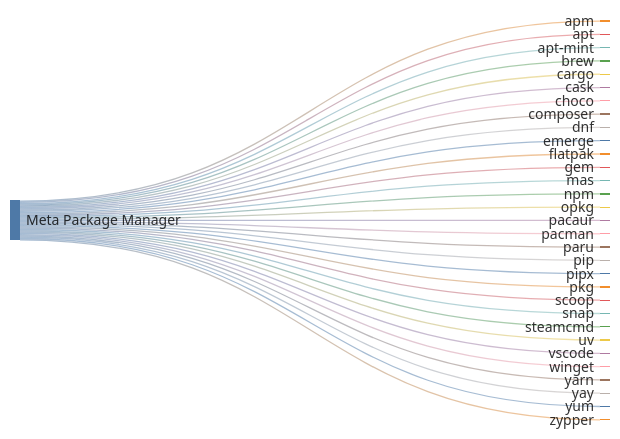
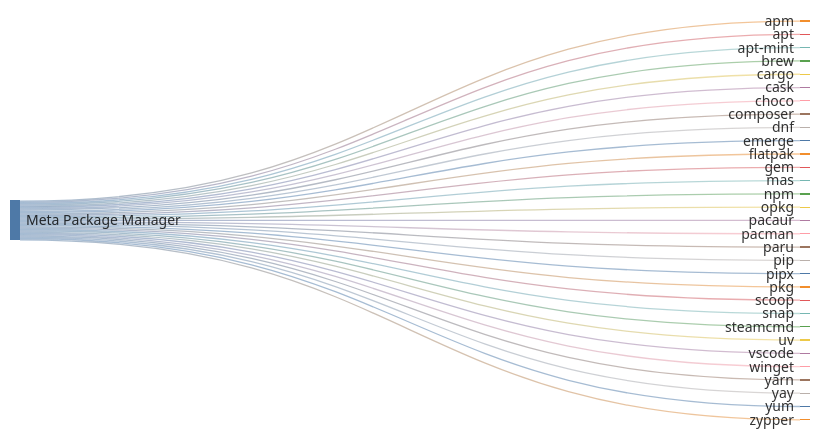
The diagram in readme.md (kdeldycke/meta-package-manager), drawn with Mermaid before and after one commit. The commit also changed 4 other files, not shown here.

First line of the commit message:
Use YAML frontmatter to configure Sankey diagram.

````diff
--- a/readme.md
+++ b/readme.md
@@ -64,40 +64,42 @@
 ```mermaid
 ---
 config:
   sankey:
     showValues: false
+    width: 800
+    height: 400
 ---
 sankey-beta
 
 Meta Package Manager,apm,1
 Meta Package Manager,apt,1
 Meta Package Manager,apt-mint,1
 Meta Package Manager,brew,1
 Meta Package Manager,cargo,1
 Meta Package Manager,cask,1
 Meta Package Manager,choco,1
 Meta Package Manager,composer,1
 Meta Package Manager,dnf,1
 Meta Package Manager,emerge,1
 Meta Package Manager,flatpak,1
 Meta Package Manager,gem,1
 Meta Package Manager,mas,1
 Meta Package Manager,npm,1
 Meta Package Manager,opkg,1
 Meta Package Manager,pacaur,1
 Meta Package Manager,pacman,1
 Meta Package Manager,paru,1
 Meta Package Manager,pip,1
 Meta Package Manager,pipx,1
 Meta Package Manager,pkg,1
 Meta Package Manager,scoop,1
 Meta Package Manager,snap,1
 Meta Package Manager,steamcmd,1
 Meta Package Manager,uv,1
 Meta Package Manager,vscode,1
 Meta Package Manager,winget,1
 Meta Package Manager,yarn,1
 Meta Package Manager,yay,1
 Meta Package Manager,yum,1
 Meta Package Manager,zypper,1
 ```
````
